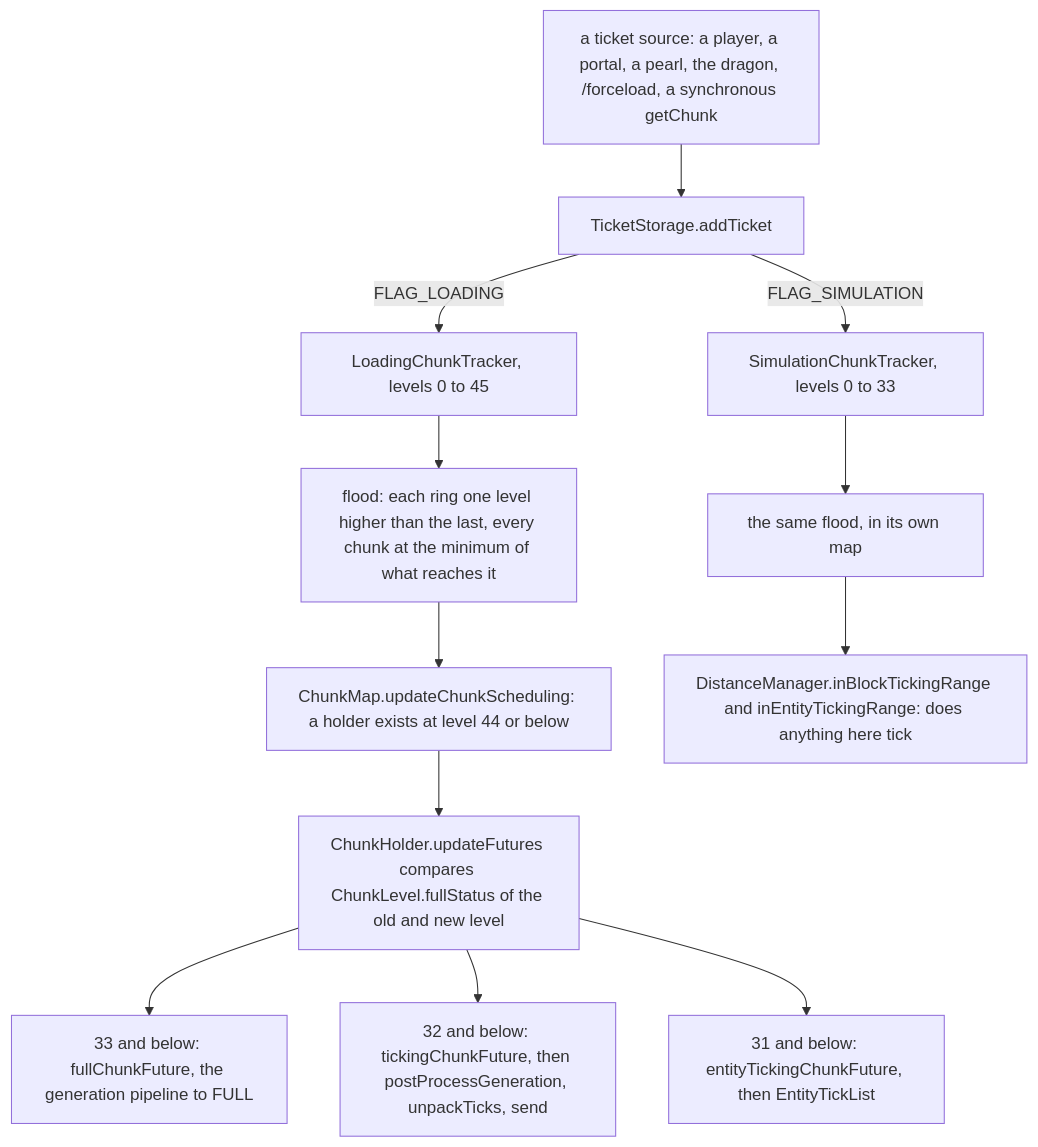
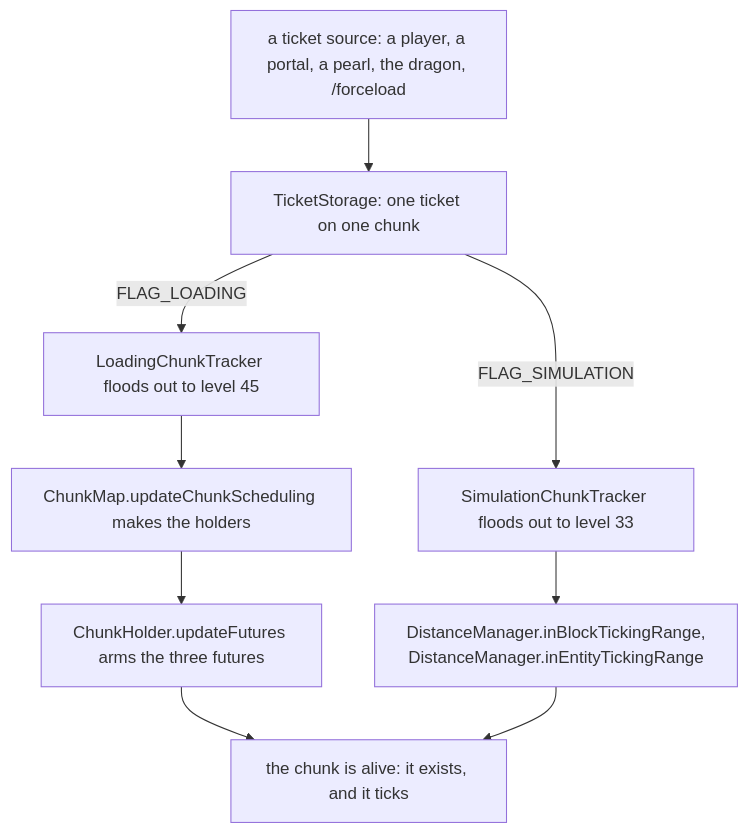
One commit to AlexanderjFraser/MinecraftDocs changed the first of 3 diagrams in src/systems/world/tickets-and-loading.md. Above: the diagram before and after it, drawn with Mermaid. The commit also changed other lines of this file and 22 other files, not shown here.

````diff
--- a/src/systems/world/tickets-and-loading.md
+++ b/src/systems/world/tickets-and-loading.md
@@ -37,14 +37,19 @@
 ```mermaid
 flowchart TD
-    SRC["a ticket source: a player, a portal, a pearl, the dragon, /forceload, a synchronous getChunk"] --> TS["TicketStorage.addTicket"]
-    TS -- "FLAG_LOADING" --> LCT["LoadingChunkTracker, levels 0 to 45"]
-    TS -- "FLAG_SIMULATION" --> SCT["SimulationChunkTracker, levels 0 to 33"]
-    LCT --> FLOOD["flood: each ring one level higher than the last, every chunk at the minimum of what reaches it"]
-    SCT --> FLOOD2["the same flood, in its own map"]
-    FLOOD --> UCS["ChunkMap.updateChunkScheduling: a holder exists at level 44 or below"]
-    UCS --> UF["ChunkHolder.updateFutures compares ChunkLevel.fullStatus of the old and new level"]
-    UF --> F33["33 and below: fullChunkFuture, the generation pipeline to FULL"]
-    UF --> F32["32 and below: tickingChunkFuture, then postProcessGeneration, unpackTicks, send"]
-    UF --> F31["31 and below: entityTickingChunkFuture, then EntityTickList"]
-    FLOOD2 --> Q["DistanceManager.inBlockTickingRange and inEntityTickingRange: does anything here tick"]
+    SRC["a ticket source: a player, a portal, a pearl, the dragon, /forceload"]
+    TS["TicketStorage: one ticket on one chunk"]
+    LCT["LoadingChunkTracker floods out to level 45"]
+    SCT["SimulationChunkTracker floods out to level 33"]
+    UCS["ChunkMap.updateChunkScheduling makes the holders"]
+    UF["ChunkHolder.updateFutures arms the three futures"]
+    RANGE["DistanceManager.inBlockTickingRange,<br/>DistanceManager.inEntityTickingRange"]
+    ALIVE["the chunk is alive: it exists, and it ticks"]
+    SRC --> TS
+    TS -- "FLAG_LOADING" --> LCT
+    TS -- "FLAG_SIMULATION" --> SCT
+    LCT --> UCS
+    UCS --> UF
+    SCT --> RANGE
+    UF --> ALIVE
+    RANGE --> ALIVE
 ```
````
